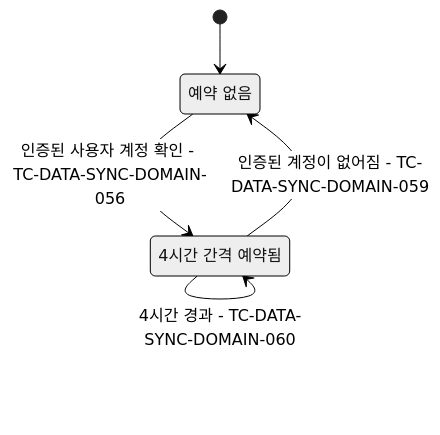
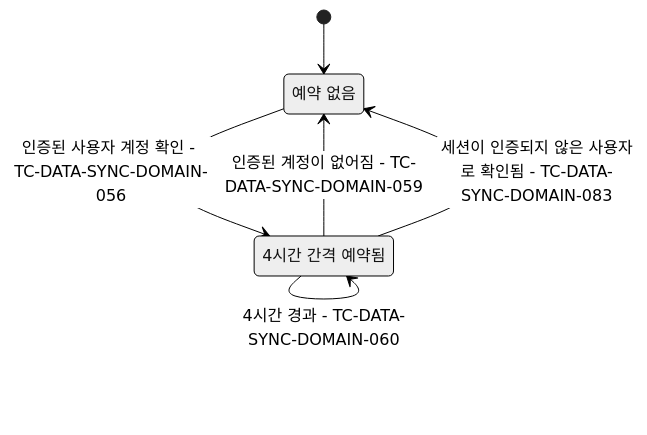
The diagram in docs/testcase/data-sync.md (taetae98coding/DiaryKMP), drawn with Mermaid (neutral theme) before and after one commit. The commit also changed other lines of this file and 492 other files, not shown here.

````diff
--- a/docs/testcase/data-sync.md
+++ b/docs/testcase/data-sync.md
@@ -376,11 +425,12 @@
 ```mermaid
 stateDiagram-v2
     None: 예약 없음
     Scheduled: 4시간 간격 예약됨
     [*] --> None
     None --> Scheduled: 인증된 사용자 계정 확인 - TC-DATA-SYNC-DOMAIN-056
     Scheduled --> Scheduled: 같은 계정 재확인 - TC-DATA-SYNC-DOMAIN-057
     Scheduled --> Scheduled: 다른 계정 확인 - TC-DATA-SYNC-DOMAIN-058
     Scheduled --> Scheduled: 4시간 경과 - TC-DATA-SYNC-DOMAIN-060
     Scheduled --> None: 인증된 계정이 없어짐 - TC-DATA-SYNC-DOMAIN-059
+    Scheduled --> None: 세션이 인증되지 않은 사용자로 확인됨 - TC-DATA-SYNC-DOMAIN-083
 ```
````
